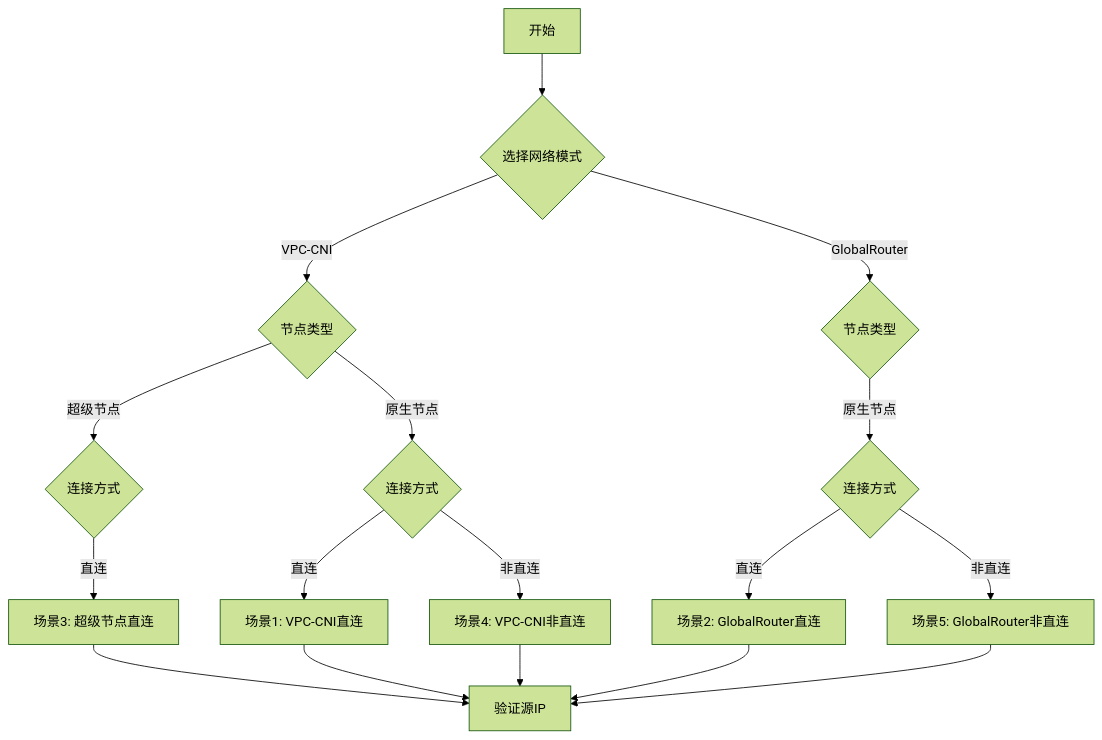
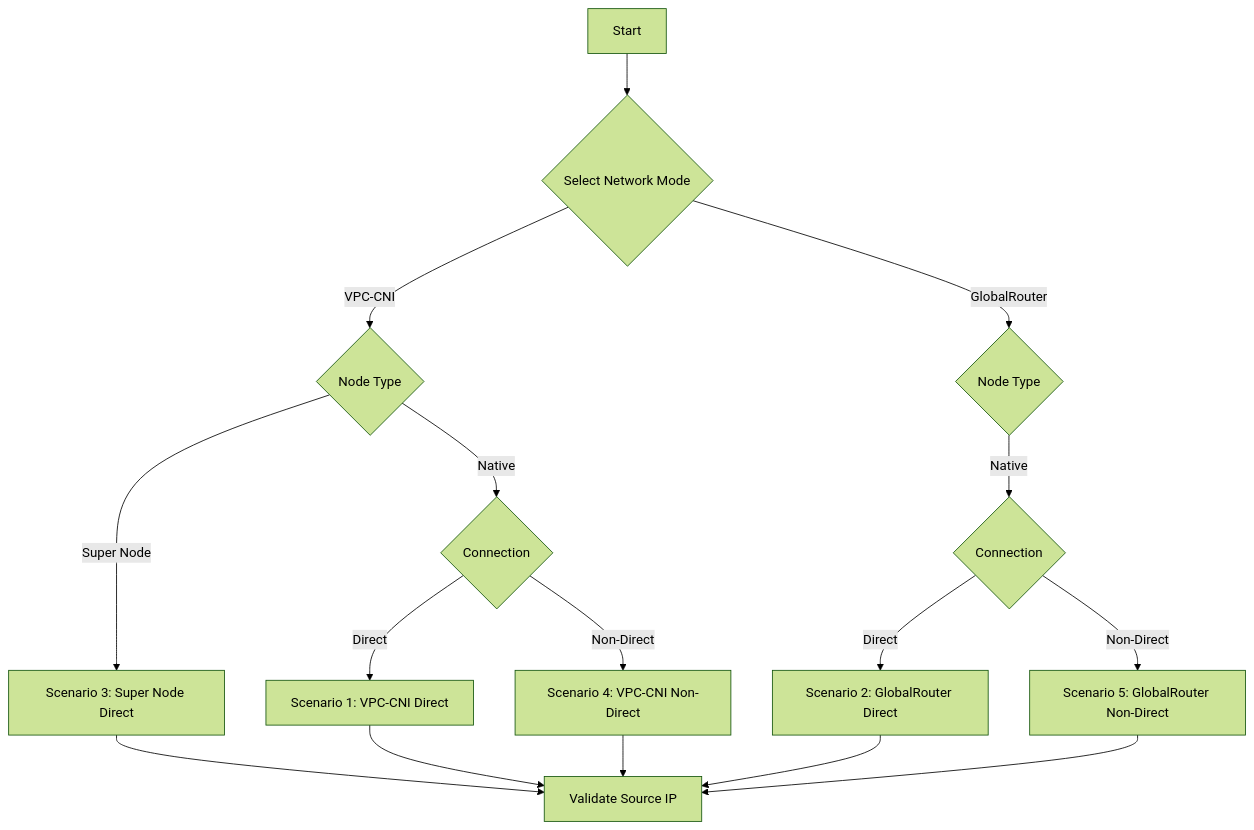
Before and after one commit to kestrelli/client-ip: the diagram in client-ip/client-ip-main/README.md, drawn with Mermaid (forest theme). The commit also changed other lines of this file, not shown here.

````diff
--- a/client-ip/client-ip-main/README.md
+++ b/client-ip/client-ip-main/README.md
@@ -44,27 +41,18 @@
 ```mermaid
-graph TD
-    Start[开始] --> NetworkMode{选择网络模式}
-    
-    NetworkMode -->|VPC-CNI| NodeTypeVPC{节点类型}
-    NetworkMode -->|GlobalRouter| NodeTypeGlobal{节点类型}
-    
-    NodeTypeVPC -->|超级节点| ConnectionMethodSuper{连接方式}
-    NodeTypeVPC -->|原生节点| ConnectionMethodNative{连接方式}
-    
-    NodeTypeGlobal -->|原生节点| ConnectionMethodGlobalNative{连接方式}
-    
-    ConnectionMethodSuper -->|直连| Scenario3[场景3: 超级节点直连]
-    
-    ConnectionMethodNative -->|直连| Scenario1[场景1: VPC-CNI直连]
-    ConnectionMethodNative -->|非直连| Scenario4[场景4: VPC-CNI非直连]
-    
-    ConnectionMethodGlobalNative -->|直连| Scenario2[场景2: GlobalRouter直连]
-    ConnectionMethodGlobalNative -->|非直连| Scenario5[场景5: GlobalRouter非直连]
-    
-    
-    Scenario1 --> Verify[验证源IP]
-    Scenario2 --> Verify
-    Scenario3 --> Verify
-    Scenario4 --> Verify
-    Scenario5 --> Verify
+graph TD  
+    Start[Start] --> NetworkMode{Select Network Mode}  
+    NetworkMode -->|VPC-CNI| NodeTypeVPC{Node Type}  
+    NetworkMode -->|GlobalRouter| NodeTypeGlobal{Node Type}  
+    NodeTypeVPC -->|Super Node| Scenario3[Scenario 3: Super Node Direct]  
+    NodeTypeVPC -->|Native| ConnectionMethodNative{Connection}  
+    ConnectionMethodNative -->|Direct| Scenario1[Scenario 1: VPC-CNI Direct]  
+    ConnectionMethodNative -->|Non-Direct| Scenario4[Scenario 4: VPC-CNI Non-Direct]  
+    NodeTypeGlobal -->|Native| ConnectionMethodGlobal{Connection}  
+    ConnectionMethodGlobal -->|Direct| Scenario2[Scenario 2: GlobalRouter Direct]  
+    ConnectionMethodGlobal -->|Non-Direct| Scenario5[Scenario 5: GlobalRouter Non-Direct]  
+    Scenario1 --> Verify[Validate Source IP]  
+    Scenario2 --> Verify  
+    Scenario3 --> Verify  
+    Scenario4 --> Verify  
+    Scenario5 --> Verify  
 ```
````
